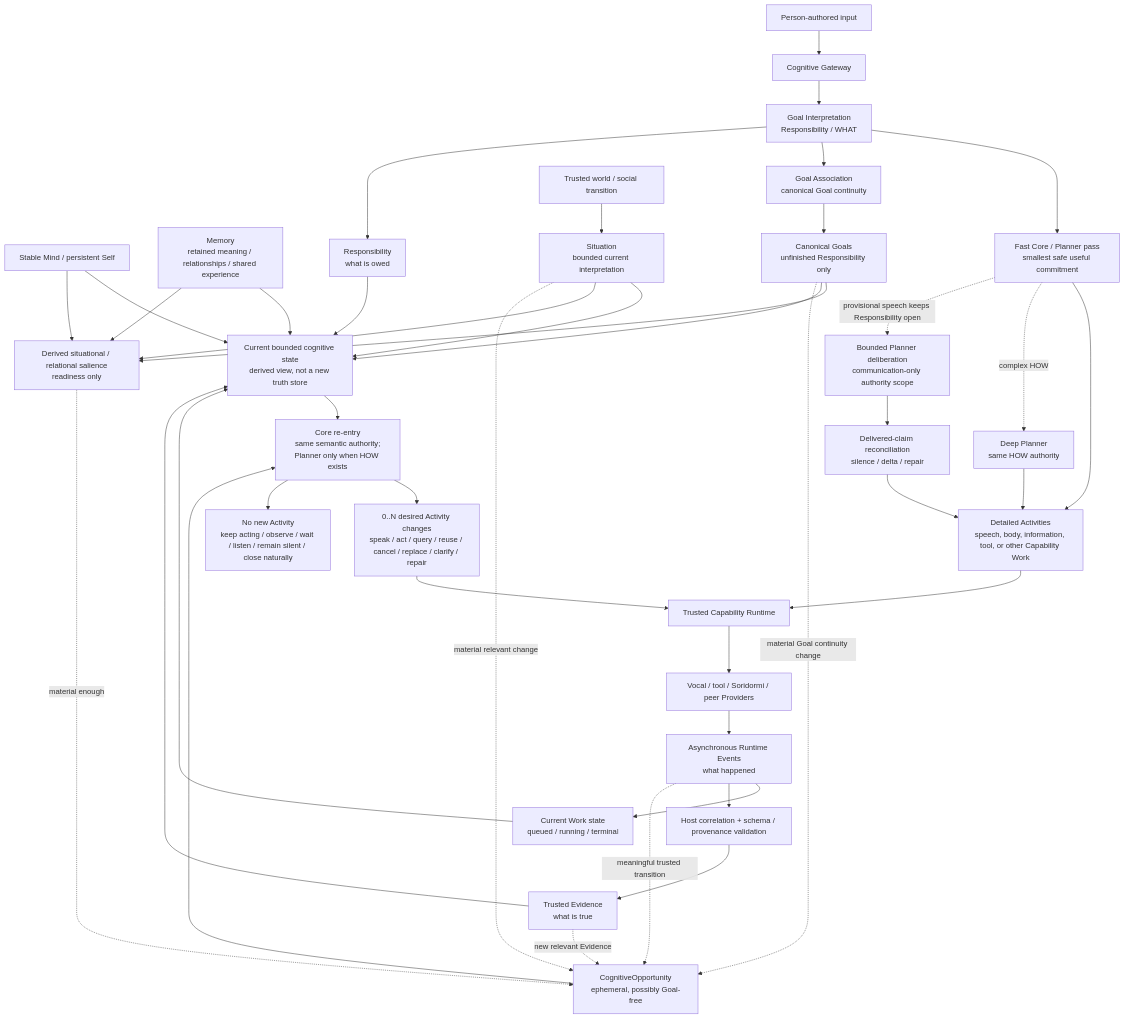
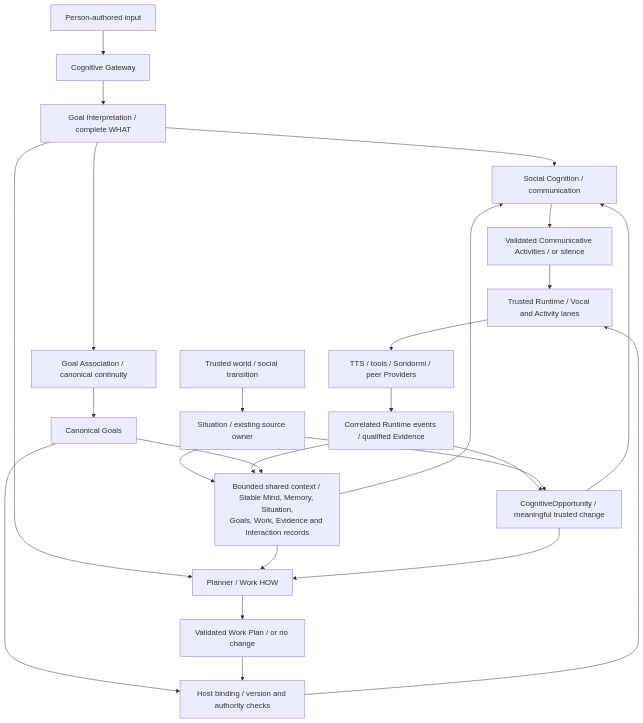
Before and after one commit to TimeTreker/chromie: the first of 2 diagrams in docs/PROJECT_CHARTER.md, drawn with Mermaid. The commit also changed other lines of this file and 6401 other files, not shown here.

First line of the commit message:
feat: separate Social Cognition from Work planning

````diff
--- a/docs/PROJECT_CHARTER.md
+++ b/docs/PROJECT_CHARTER.md
@@ -293,50 +405,27 @@
 ```mermaid
 flowchart TD
-    SELF["Stable Mind / persistent Self"] --> STATE["Current bounded cognitive state<br/>derived view, not a new truth store"]
-    MEM["Memory<br/>retained meaning / relationships / shared experience"] --> STATE
-
-    USER["Person-authored input"] --> GW["Cognitive Gateway"]
-    GW --> GI["Goal Interpretation<br/>Responsibility / WHAT"]
-    GI --> P0["Fast Core / Planner pass<br/>smallest safe useful commitment"]
-    GI --> GA["Goal Association<br/>canonical Goal continuity"]
-
-    WORLD["Trusted world / social transition"] --> SIT["Situation<br/>bounded current interpretation"]
-    SIT --> STATE
-    SELF --> SAL["Derived situational / relational salience<br/>readiness only"]
-    MEM --> SAL
-    SIT --> SAL
-    GOALS --> SAL
-    SAL -. "material enough" .-> OPP["CognitiveOpportunity<br/>ephemeral, possibly Goal-free"]
-
-    P0 --> ACT["Detailed Activities<br/>speech, body, information, tool, or other Capability Work"]
-    P0 -. "complex HOW" .-> DP["Deep Planner<br/>same HOW authority"]
-    DP --> ACT
-    P0 -. "provisional speech keeps Responsibility open" .-> DC["Bounded Planner deliberation<br/>communication-only authority scope"]
-    DC --> DCR["Delivered-claim reconciliation<br/>silence / delta / repair"]
-    DCR --> ACT
-    GA --> GOALS["Canonical Goals<br/>unfinished Responsibility only"]
-
-    GI --> RESP["Responsibility<br/>what is owed"]
-    RESP --> STATE
-    GOALS --> STATE
-
-    ACT --> RT["Trusted Capability Runtime"]
-    RT --> PROV["Vocal / tool / Soridormi / peer Providers"]
-    PROV --> EVT["Asynchronous Runtime Events<br/>what happened"]
-    EVT --> WORK["Current Work state<br/>queued / running / terminal"]
-    EVT --> CORR["Host correlation + schema / provenance validation"]
-    CORR --> EVID["Trusted Evidence<br/>what is true"]
-    WORK --> STATE
-    EVID --> STATE
-
-    EVT -. "meaningful trusted transition" .-> OPP
-    EVID -. "new relevant Evidence" .-> OPP
-    GOALS -. "material Goal continuity change" .-> OPP
-    SIT -. "material relevant change" .-> OPP
-
-    OPP --> P1["Core re-entry<br/>same semantic authority;<br/>Planner only when HOW exists"]
-    STATE --> P1
-    P1 --> DELTA["0..N desired Activity changes<br/>speak / act / query / reuse / cancel / replace / clarify / repair"]
-    P1 --> NONE["No new Activity<br/>keep acting / observe / wait / listen / remain silent / close naturally"]
-    DELTA --> RT
+    U["Person-authored input"] --> GW["Cognitive Gateway"]
+    GW --> GI["Goal Interpretation / complete WHAT"]
+    GI --> SC["Social Cognition / communication"]
+    GI --> P["Planner / Work HOW"]
+    GI --> GA["Goal Association / canonical continuity"]
+    GA --> G["Canonical Goals"]
+    WORLD["Trusted world / social transition"] --> SIT["Situation / existing source owner"]
+    SIT --> ST
+    ST["Bounded shared context / Stable Mind, Memory, Situation,<br/>Goals, Work, Evidence and Interaction records"] --> SC
+    ST --> P
+    SC --> CA["Validated Communicative Activities / or silence"]
+    P --> WP["Validated Work Plan / or no change"]
+    G --> B["Host binding / version and authority checks"]
+    WP --> B
+    CA --> RT["Trusted Runtime / Vocal and Activity lanes"]
+    B --> RT
+    RT --> PR["TTS / tools / Soridormi / peer Providers"]
+    PR --> EV["Correlated Runtime events / qualified Evidence"]
+    EV --> ST
+    G --> ST
+    EV --> O["CognitiveOpportunity / meaningful trusted change"]
+    SIT --> O
+    O --> SC
+    O --> P
 ```
````
